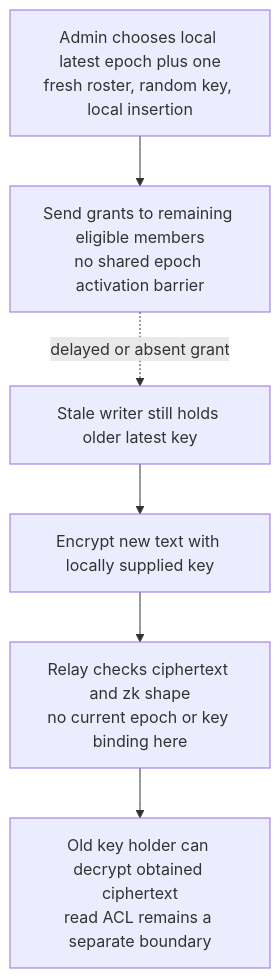
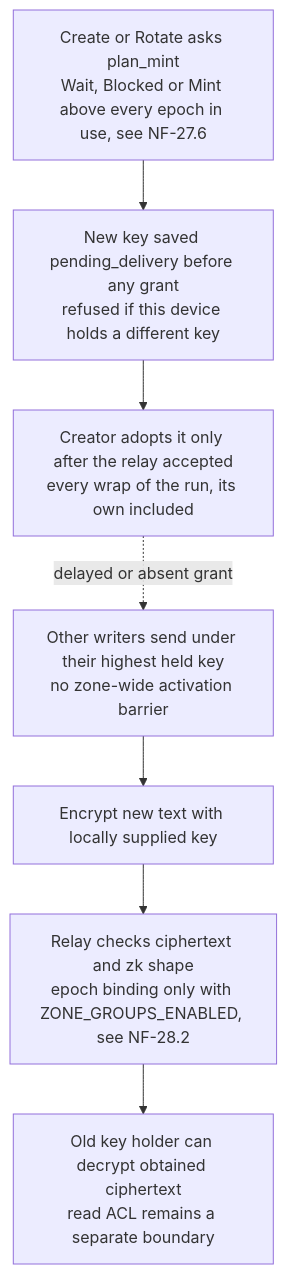
The first of 6 diagrams in docs/diagrams/nostr-rust-forum/27-zone-key-distribution-and-recovery.md (DreamLab-AI/VisionFlow), drawn with Mermaid before and after one commit. The commit also changed other lines of this file, not shown here.

First line of the commit message:
docs(diagrams): re-verify NF-27 at nostr-rust-forum af4f0d5

````diff
--- a/docs/diagrams/nostr-rust-forum/27-zone-key-distribution-and-recovery.md
+++ b/docs/diagrams/nostr-rust-forum/27-zone-key-distribution-and-recovery.md
@@ -35,18 +38,20 @@
 ```mermaid
 flowchart TB
-    %% Source: ../nostr-rust-forum/crates/nostr-bbs-forum-client/src/admin/zone_encryption.rs:320
-    A["Admin chooses local latest epoch plus one<br/>fresh roster, random key, local insertion"]
-    %% Source: ../nostr-rust-forum/crates/nostr-bbs-forum-client/src/admin/zone_encryption.rs:344
-    G["Send grants to remaining eligible members<br/>no shared epoch activation barrier"]
-    %% Source: ../nostr-rust-forum/crates/nostr-bbs-forum-client/src/zone_crypto/store.rs:380
-    W["Stale writer still holds older latest key"]
-    %% Source: ../nostr-rust-forum/crates/nostr-bbs-forum-client/src/zone_crypto/mod.rs:568
+    %% Source: ../nostr-rust-forum/crates/nostr-bbs-forum-client/src/admin/zone_encryption.rs:216
+    A["Create or Rotate asks plan_mint<br/>Wait, Blocked or Mint above every epoch in use, see NF-27.6"]
+    %% Source: ../nostr-rust-forum/crates/nostr-bbs-forum-client/src/admin/zone_encryption.rs:489
+    P["New key saved pending_delivery before any grant<br/>refused if this device holds a different key"]
+    %% Source: ../nostr-rust-forum/crates/nostr-bbs-forum-client/src/admin/zone_encryption.rs:414
+    G["Creator adopts it only after the relay accepted<br/>every wrap of the run, its own included"]
+    %% Source: ../nostr-rust-forum/crates/nostr-bbs-forum-client/src/zone_crypto/keyset.rs:96
+    W["Other writers send under their highest held key<br/>no zone-wide activation barrier"]
+    %% Source: ../nostr-rust-forum/crates/nostr-bbs-forum-client/src/zone_crypto/mod.rs:644
     E["Encrypt new text with locally supplied key"]
-    %% Source: ../nostr-rust-forum/crates/nostr-bbs-relay-worker/src/zone_config.rs:208
-    R["Relay checks ciphertext and zk shape<br/>no current epoch or key binding here"]
-    %% Source: ../nostr-rust-forum/crates/nostr-bbs-forum-client/src/zone_crypto/mod.rs:465
+    %% Source: ../nostr-rust-forum/crates/nostr-bbs-relay-worker/src/zone_config.rs:238
+    R["Relay checks ciphertext and zk shape<br/>epoch binding only with ZONE_GROUPS_ENABLED, see NF-28.2"]
+    %% Source: ../nostr-rust-forum/crates/nostr-bbs-forum-client/src/zone_crypto/mod.rs:541
     D["Old key holder can decrypt obtained ciphertext<br/>read ACL remains a separate boundary"]
-    A --> G
+    A --> P --> G
     W --> E --> R --> D
     G -. delayed or absent grant .-> W
 ```
````
